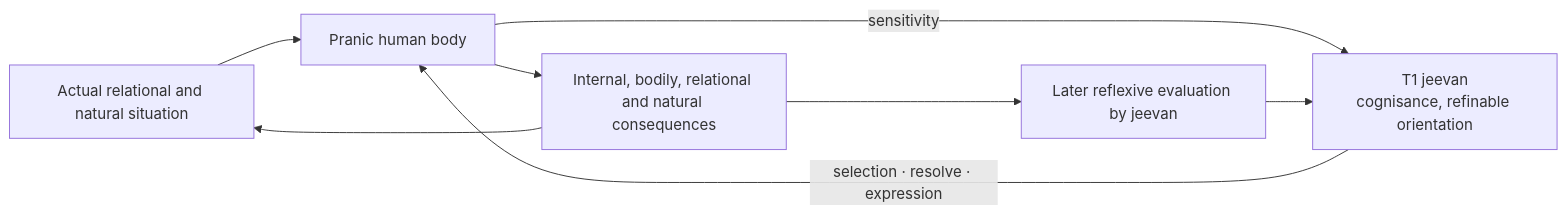
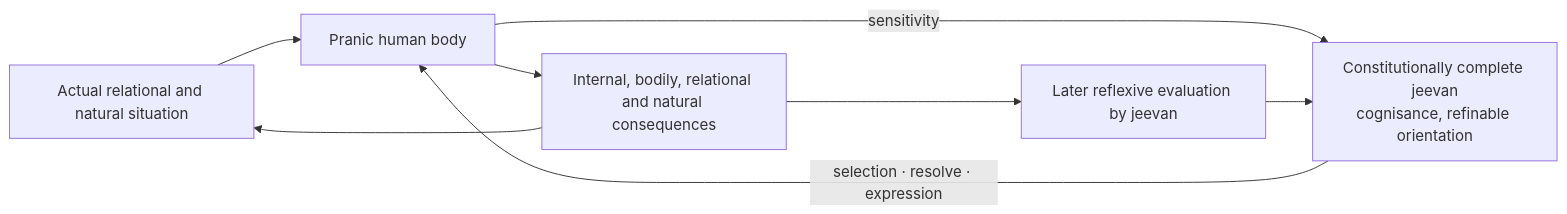
Before and after one commit to raghavamohan/AnalyticMadhyasthDarshan: the seventh of 7 diagrams in Studies/A-State-Dynamic-Model-Of-Coexistence/A-State-Dynamic-Model-Of-Coexistence.md, drawn with Mermaid. The commit also changed other lines of this file and 8 other files, not shown here.

````diff
--- a/Studies/A-State-Dynamic-Model-Of-Coexistence/A-State-Dynamic-Model-Of-Coexistence.md
+++ b/Studies/A-State-Dynamic-Model-Of-Coexistence/A-State-Dynamic-Model-Of-Coexistence.md
@@ -494,10 +473,10 @@
 ```mermaid
 flowchart LR
     WORLD["Actual relational and natural situation"] --> BODY["Pranic human body"]
-    BODY -->|"sensitivity"| J["T1 jeevan<br/>cognisance, refinable orientation"]
+    BODY -->|"sensitivity"| J["Constitutionally complete jeevan<br/>cognisance, refinable orientation"]
     J -->|"selection · resolve · expression"| BODY
     BODY --> CONSEQ["Internal, bodily, relational and natural consequences"]
     CONSEQ --> WORLD
     CONSEQ --> EVAL["Later reflexive evaluation by jeevan"]
     EVAL --> J
 ```
````
